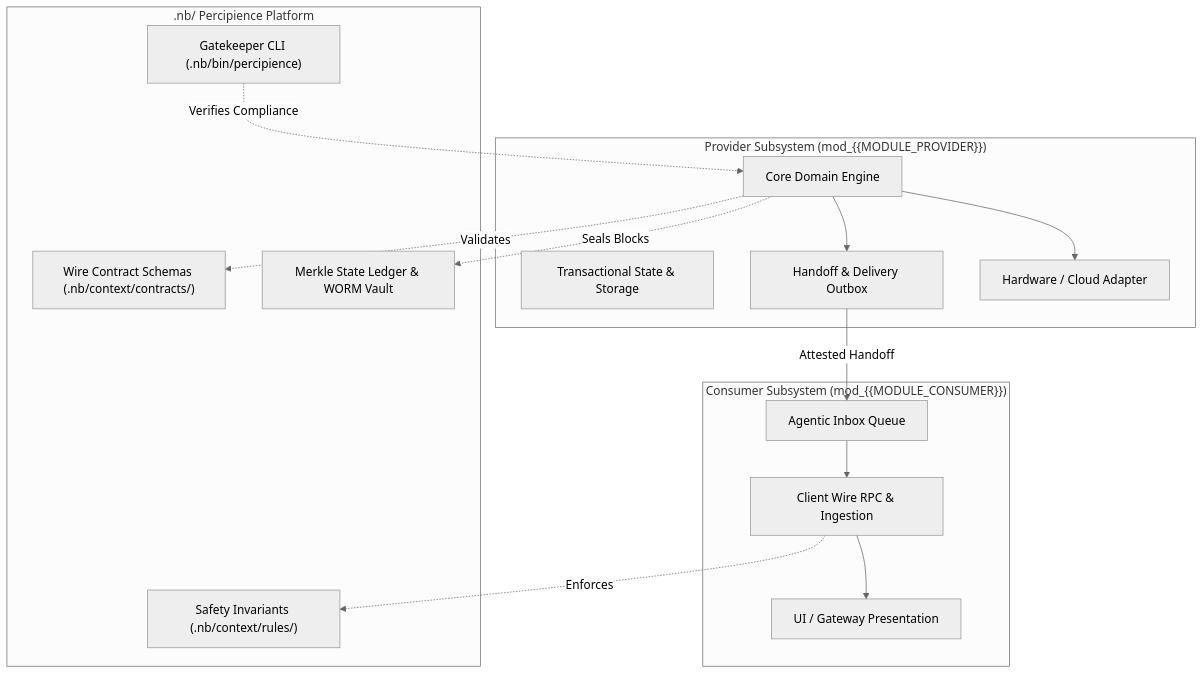
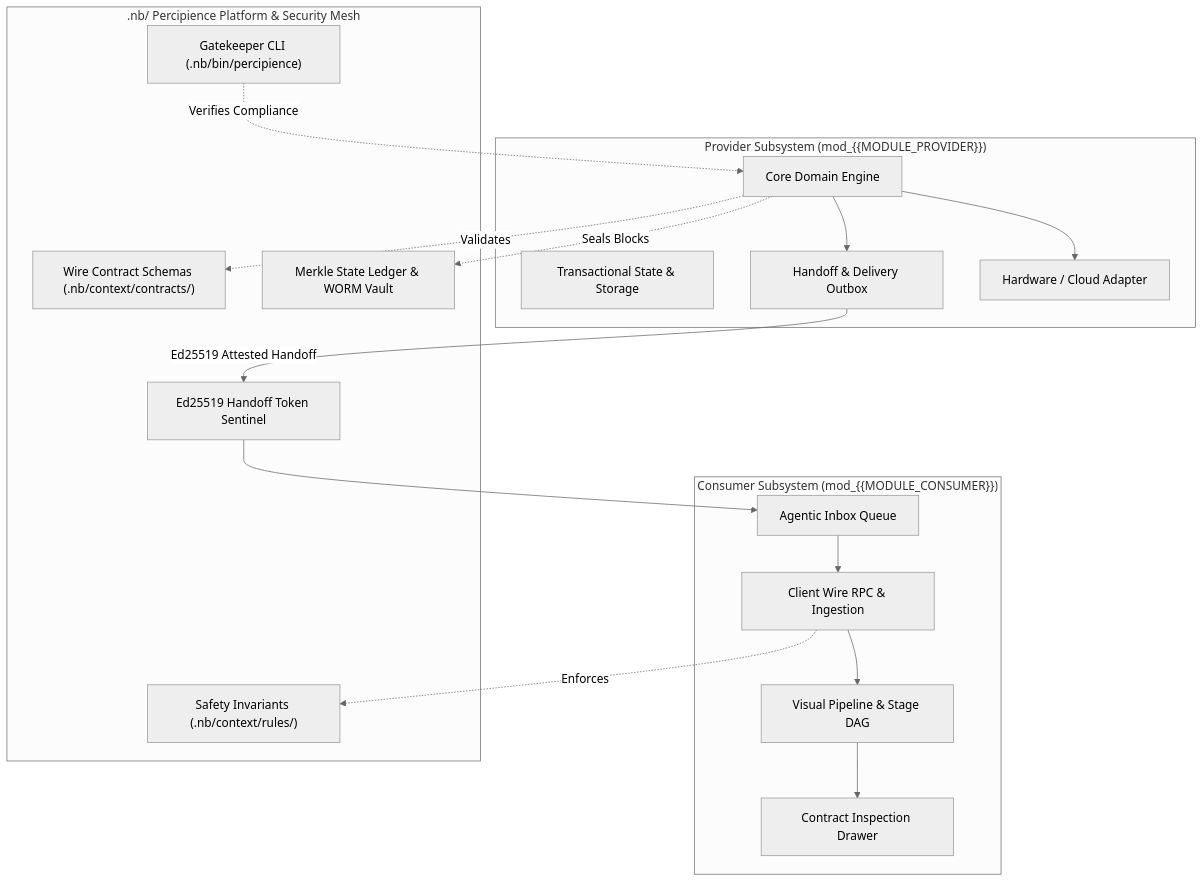
One commit to lakhwindersingh/nb_fairyfly changed the first of 2 diagrams in .nb/plan/templates/detailed.md. Above: the diagram before and after it, drawn with Mermaid (neutral theme). The commit also changed other lines of this file and 26 other files, not shown here.

````diff
--- a/.nb/plan/templates/detailed.md
+++ b/.nb/plan/templates/detailed.md
@@ -29,33 +45,37 @@
 ```mermaid
 graph TD
   subgraph Provider_Subsystem["Provider Subsystem (mod_{{MODULE_PROVIDER}})"]
     EngineCore["Core Domain Engine"]
     StateStore["Transactional State & Storage"]
     OutboxQueue["Handoff & Delivery Outbox"]
     AdapterBridge["Hardware / Cloud Adapter"]
   end
 
   subgraph Consumer_Subsystem["Consumer Subsystem (mod_{{MODULE_CONSUMER}})"]
     ClientRpc["Client Wire RPC & Ingestion"]
     InboxQueue["Agentic Inbox Queue"]
-    Presentation["UI / Gateway Presentation"]
+    PipelineView["Visual Pipeline & Stage DAG"]
+    ContractDrawer["Contract Inspection Drawer"]
   end
 
-  subgraph Governance_Platform[".nb/ Percipience Platform"]
+  subgraph Governance_Platform[".nb/ Percipience Platform & Security Mesh"]
     ContractSchema["Wire Contract Schemas (.nb/context/contracts/)"]
     RuleInvariants["Safety Invariants (.nb/context/rules/)"]
     MerkleChain["Merkle State Ledger & WORM Vault"]
+    TokenValidator["Ed25519 Handoff Token Sentinel"]
     GatekeeperCli["Gatekeeper CLI (.nb/bin/percipience)"]
   end
 
   EngineCore --> AdapterBridge
   EngineCore --> OutboxQueue
-  OutboxQueue -->|Attested Handoff| InboxQueue
+  OutboxQueue -->|Ed25519 Attested Handoff| TokenValidator
+  TokenValidator --> InboxQueue
   InboxQueue --> ClientRpc
-  ClientRpc --> Presentation
+  ClientRpc --> PipelineView
+  PipelineView --> ContractDrawer
 
   EngineCore -.->|Validates| ContractSchema
   ClientRpc -.->|Enforces| RuleInvariants
   EngineCore -.->|Seals Blocks| MerkleChain
   GatekeeperCli -.->|Verifies Compliance| EngineCore
 ```
````
